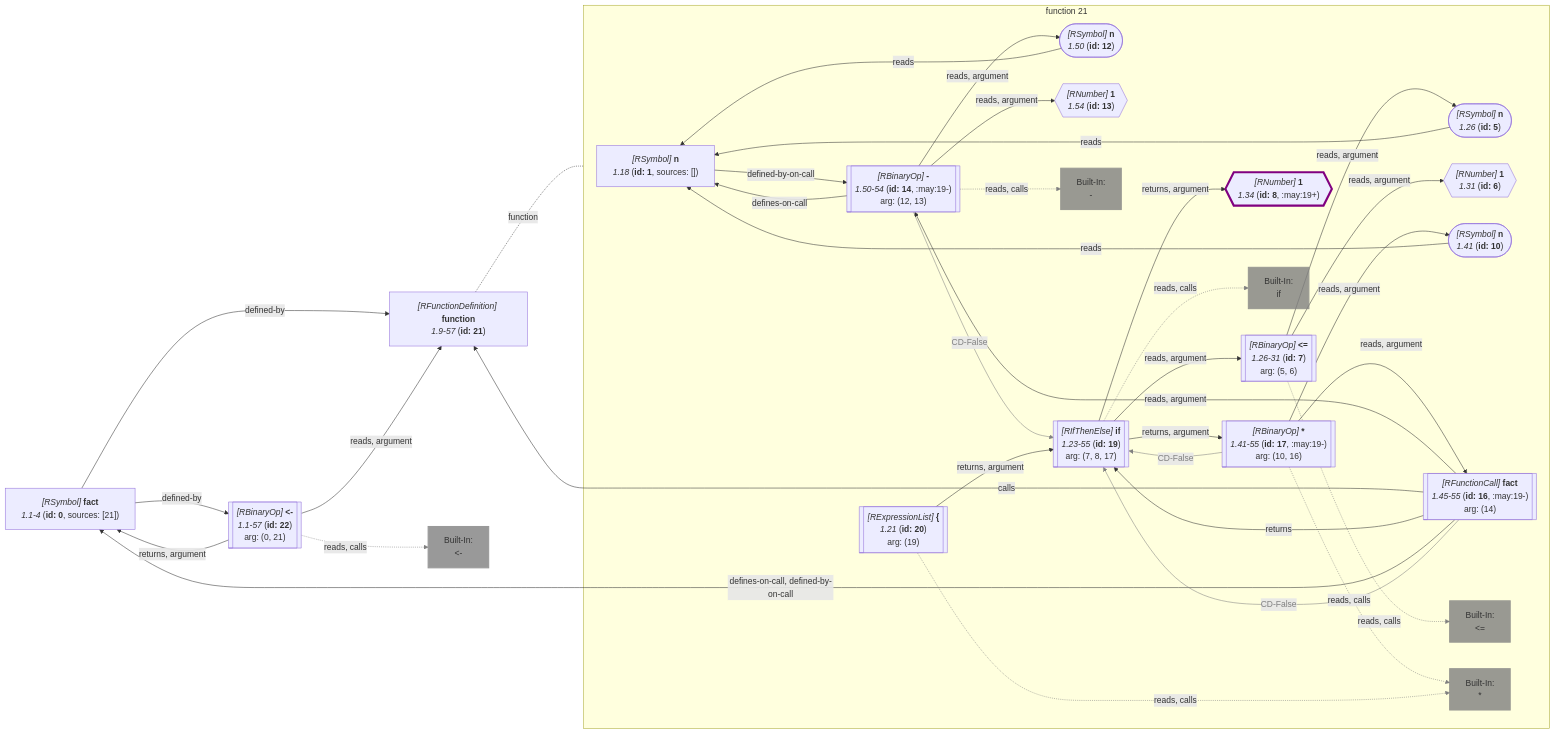
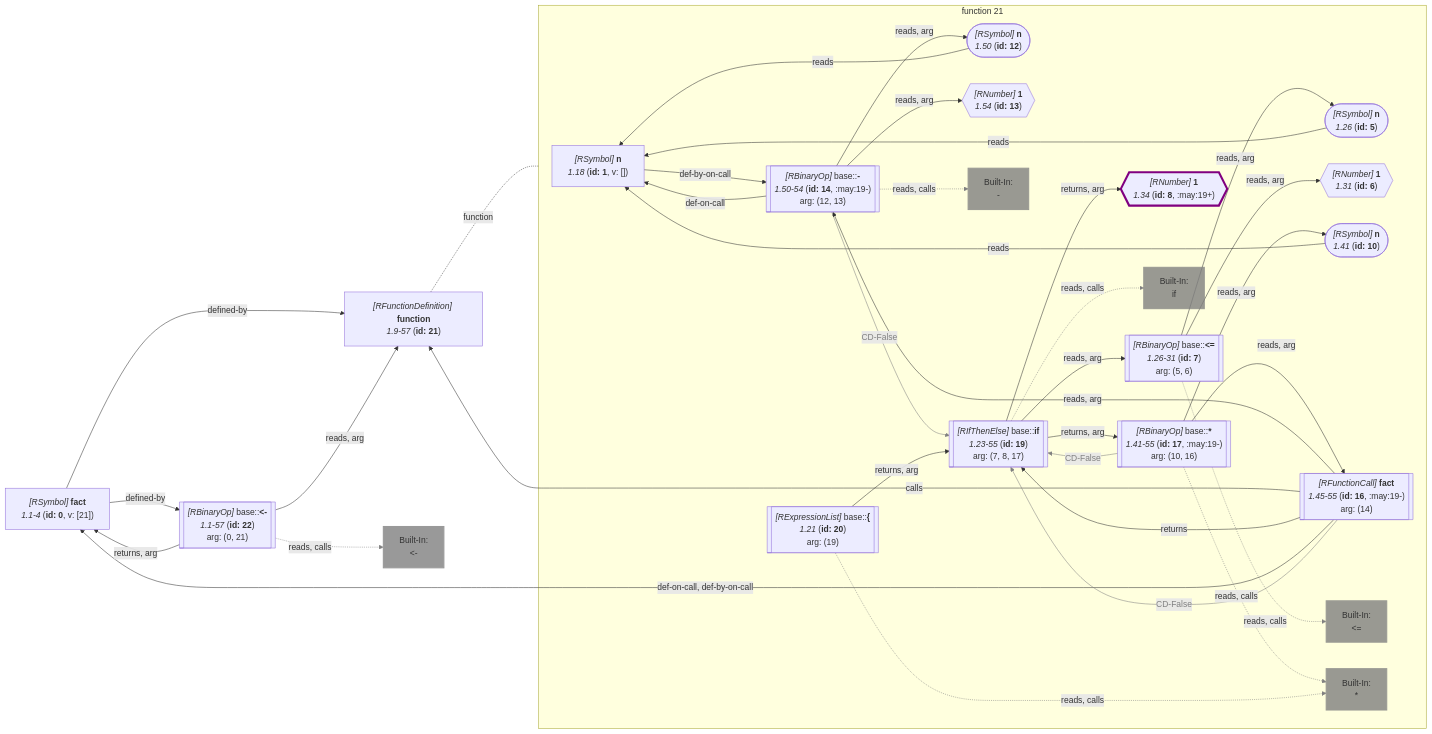
Diagram 16 of 21 in wiki/Query API.md (flowr-analysis/flowr), drawn with Mermaid before and after one commit. The commit also changed other lines of this file and 135 other files, not shown here.

````diff
--- a/wiki/Query API.md
+++ b/wiki/Query API.md
@@ -5237,13 +5241,13 @@
 
 subgraph "flow-21" [function 21]
     1["`*#91;RSymbol#93;* **n**
-      *1.18* (**id: 1**, sources: [])`"]
+      *1.18* (**id: 1**, v: [])`"]
     5(["`*#91;RSymbol#93;* **n**
       *1.26* (**id: 5**)`"])
     6{{"`*#91;RNumber#93;* **1**
       *1.31* (**id: 6**)`"}}
    %% No edges found for 6
-    7[["`*#91;RBinaryOp#93;* **#60;=**
+    7[["`*#91;RBinaryOp#93;* base#58;#58;**#60;=**
       *1.26-31* (**id: 7**)
     arg: (5, 6)`"]]
     built-in:__["`Built-In:
@@ -5259,7 +5263,7 @@
     13{{"`*#91;RNumber#93;* **1**
       *1.54* (**id: 13**)`"}}
    %% No edges found for 13
-    14[["`*#91;RBinaryOp#93;* **#45;**
+    14[["`*#91;RBinaryOp#93;* base#58;#58;**#45;**
       *1.50-54* (**id: 14**, :may:19-)
     arg: (12, 13)`"]]
     built-in:-["`Built-In:
@@ -5267,79 +5271,79 @@
     style built-in:- stroke:gray,fill:gray,stroke-width:2px,opacity:.8;
     %% Environment of 16 [level: 1]:
     %% Built-in
-    %% 2730----------------------------------------
-    %% 2731----------------------------------------
+    %% 2807----------------------------------------
+    %% 2808----------------------------------------
     %%   n: {**n** (id: 1, type: Parameter, def. @2)}
     16[["`*#91;RFunctionCall#93;* **fact**
       *1.45-55* (**id: 16**, :may:19-)
     arg: (14)`"]]
-    17[["`*#91;RBinaryOp#93;* **#42;**
+    17[["`*#91;RBinaryOp#93;* base#58;#58;**#42;**
       *1.41-55* (**id: 17**, :may:19-)
     arg: (10, 16)`"]]
     built-in:_["`Built-In:
 #42;`"]
     style built-in:_ stroke:gray,fill:gray,stroke-width:2px,opacity:.8;
-    19[["`*#91;RIfThenElse#93;* **if**
+    19[["`*#91;RIfThenElse#93;* base#58;#58;**if**
       *1.23-55* (**id: 19**)
     arg: (7, 8, 17)`"]]
     built-in:if["`Built-In:
 if`"]
     style built-in:if stroke:gray,fill:gray,stroke-width:2px,opacity:.8;
-    20[["`*#91;RExpressionList#93;* **#123;**
+    20[["`*#91;RExpressionList#93;* base#58;#58;**#123;**
       *1.21* (**id: 20**)
     arg: (19)`"]]
     style 8 stroke:purple,stroke-width:4px; 
 end
    %% No edges found for 21
     0["`*#91;RSymbol#93;* **fact**
-      *1.1-4* (**id: 0**, sources: [21])`"]
-    22[["`*#91;RBinaryOp#93;* **#60;#45;**
+      *1.1-4* (**id: 0**, v: [21])`"]
+    22[["`*#91;RBinaryOp#93;* base#58;#58;**#60;#45;**
       *1.1-57* (**id: 22**)
     arg: (0, 21)`"]]
     built-in:_-["`Built-In:
 #60;#45;`"]
     style built-in:_- stroke:gray,fill:gray,stroke-width:2px,opacity:.8;
-    1 -->|"defined-by-on-call"| 14
+    1 -->|"def-by-on-call"| 14
     5 -->|"reads"| 1
-    7 -->|"reads, argument"| 5
-    7 -->|"reads, argument"| 6
+    7 -->|"reads, arg"| 5
+    7 -->|"reads, arg"| 6
     7 -.->|"reads, calls"| built-in:__
     linkStyle 4 stroke:gray;
     10 -->|"reads"| 1
     12 -->|"reads"| 1
-    14 -->|"reads, argument"| 12
-    14 -->|"reads, argument"| 13
+    14 -->|"reads, arg"| 12
+    14 -->|"reads, arg"| 13
     14 -.->|"reads, calls"| built-in:-
     linkStyle 9 stroke:gray;
-    14 -->|"defines-on-call"| 1
+    14 -->|"def-on-call"| 1
     14 -->|"CD-False"| 19
     linkStyle 11 stroke:gray,color:gray;
-    16 -->|"reads, argument"| 14
+    16 -->|"reads, arg"| 14
     16 -->|"calls"| 21
     16 -->|"returns"| 19
-    16 -->|"defines-on-call, defined-by-on-call"| 0
+    16 -->|"def-on-call, def-by-on-call"| 0
     16 -->|"CD-False"| 19
     linkStyle 16 stroke:gray,color:gray;
-    17 -->|"reads, argument"| 10
-    17 -->|"reads, argument"| 16
+    17 -->|"reads, arg"| 10
+    17 -->|"reads, arg"| 16
     17 -.->|"reads, calls"| built-in:_
     linkStyle 19 stroke:gray;
     17 -->|"CD-False"| 19
     linkStyle 20 stroke:gray,color:gray;
-    19 -->|"returns, argument"| 8
-    19 -->|"returns, argument"| 17
-    19 -->|"reads, argument"| 7
+    19 -->|"returns, arg"| 8
+    19 -->|"returns, arg"| 17
+    19 -->|"reads, arg"| 7
     19 -.->|"reads, calls"| built-in:if
     linkStyle 24 stroke:gray;
-    20 -->|"returns, argument"| 19
+    20 -->|"returns, arg"| 19
     20 -.->|"reads, calls"| built-in:_
     linkStyle 26 stroke:gray;
 21 -.-|function| flow-21
 
     0 -->|"defined-by"| 21
     0 -->|"defined-by"| 22
-    22 -->|"reads, argument"| 21
-    22 -->|"returns, argument"| 0
+    22 -->|"reads, arg"| 21
+    22 -->|"returns, arg"| 0
     22 -.->|"reads, calls"| built-in:_-
     linkStyle 32 stroke:gray;
 ```
````
